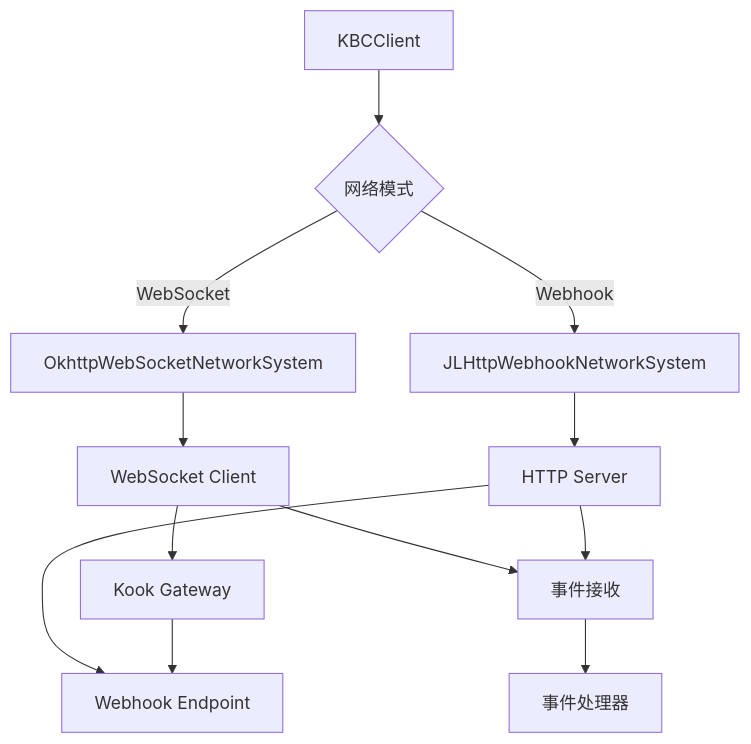
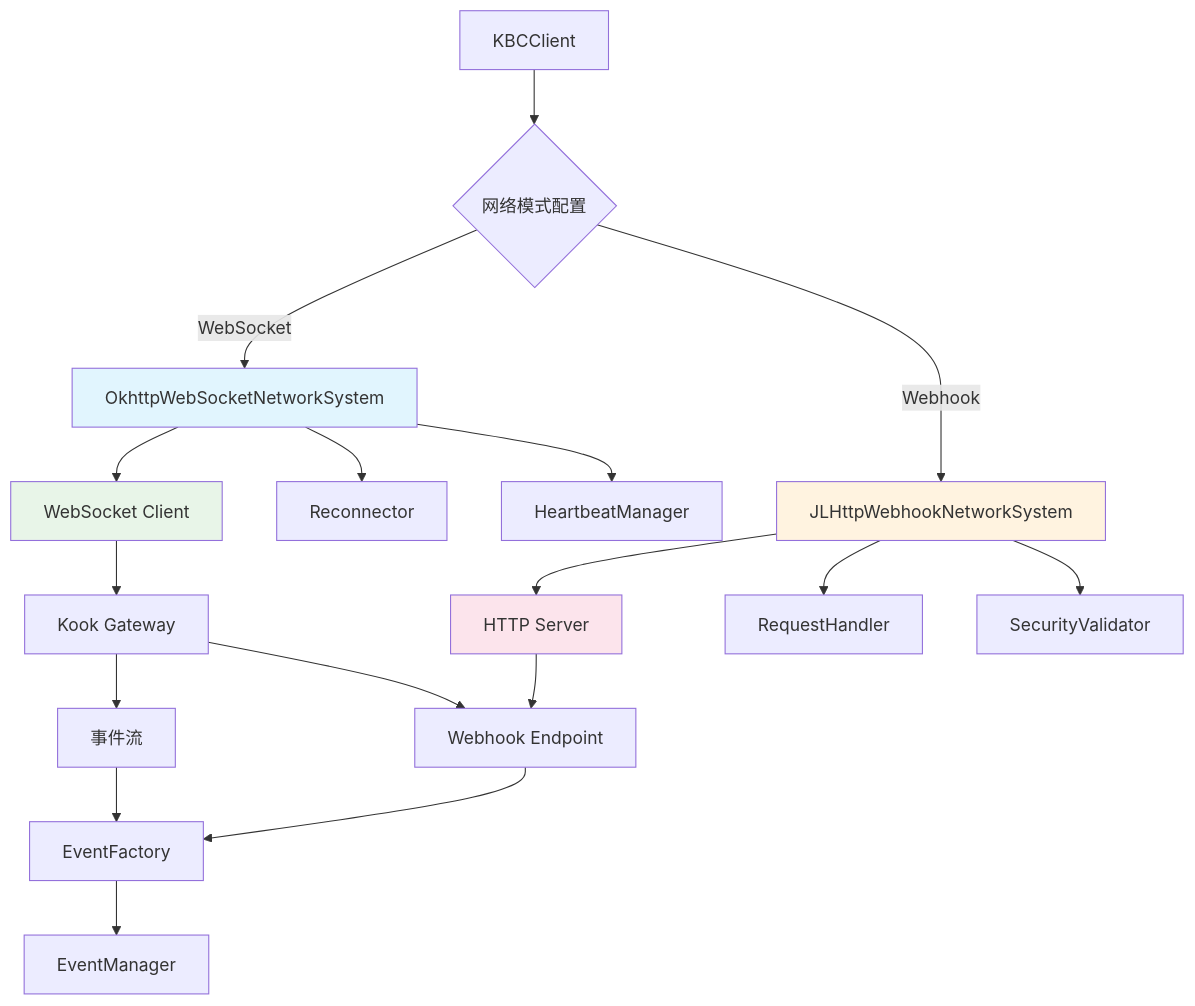
One commit to SNWCreations/KookBC changed the first of 3 diagrams in src/main/java/snw/kookbc/impl/network/CLAUDE.md. Above: the diagram before and after it, drawn with Mermaid. The commit also changed other lines of this file and 106 other files, not shown here.

````diff
--- a/src/main/java/snw/kookbc/impl/network/CLAUDE.md
+++ b/src/main/java/snw/kookbc/impl/network/CLAUDE.md
@@ -97,17 +59,30 @@
 ```mermaid
 graph TD
-    A[KBCClient] --> B{网络模式}
+    A[KBCClient] --> B{网络模式配置}
+
     B -->|WebSocket| C[OkhttpWebSocketNetworkSystem]
     B -->|Webhook| D[JLHttpWebhookNetworkSystem]
 
     C --> E[WebSocket Client]
-    E --> F[Kook Gateway]
+    C --> F[Reconnector]
+    C --> G[HeartbeatManager]
 
-    D --> G[HTTP Server]
-    G --> H[Webhook Endpoint]
-    F --> H
+    D --> H[HTTP Server]
+    D --> I[RequestHandler]
+    D --> J[SecurityValidator]
 
-    E --> I[事件接收]
-    G --> I
-    I --> J[事件处理器]
+    E --> K[Kook Gateway]
+    K --> L[事件流]
+
+    H --> M[Webhook Endpoint]
+    K --> M
+
+    L --> N[EventFactory]
+    M --> N
+    N --> O[EventManager]
+
+    style C fill:#e1f5fe
+    style D fill:#fff3e0
+    style E fill:#e8f5e8
+    style H fill:#fce4ec
 ```
````
